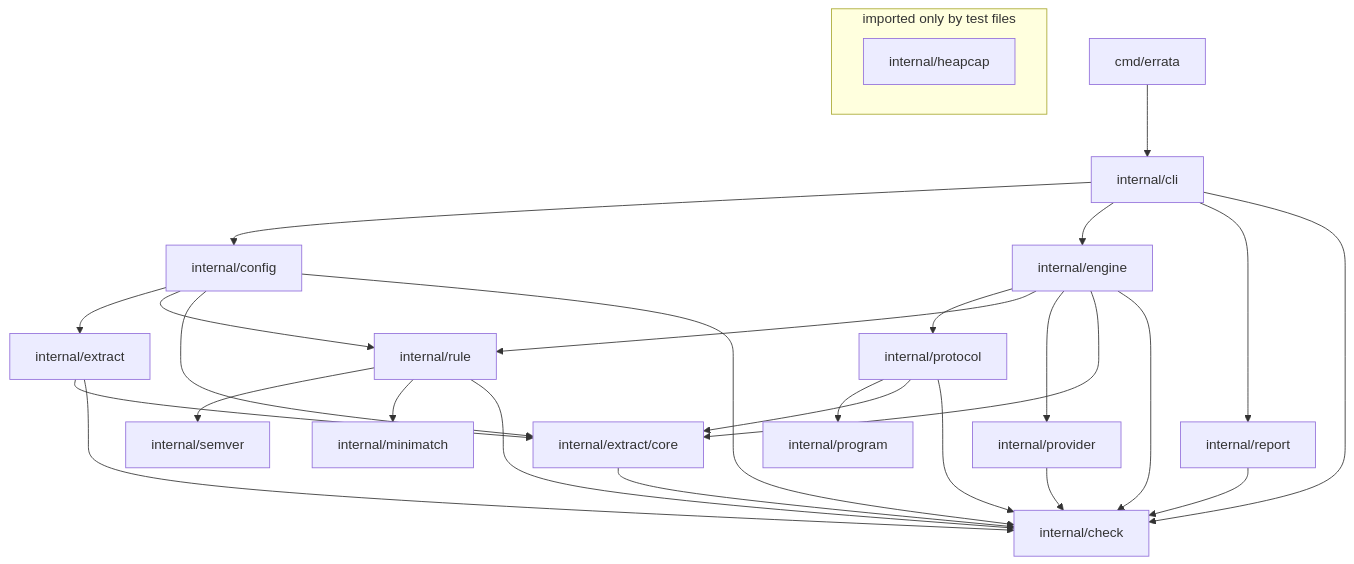
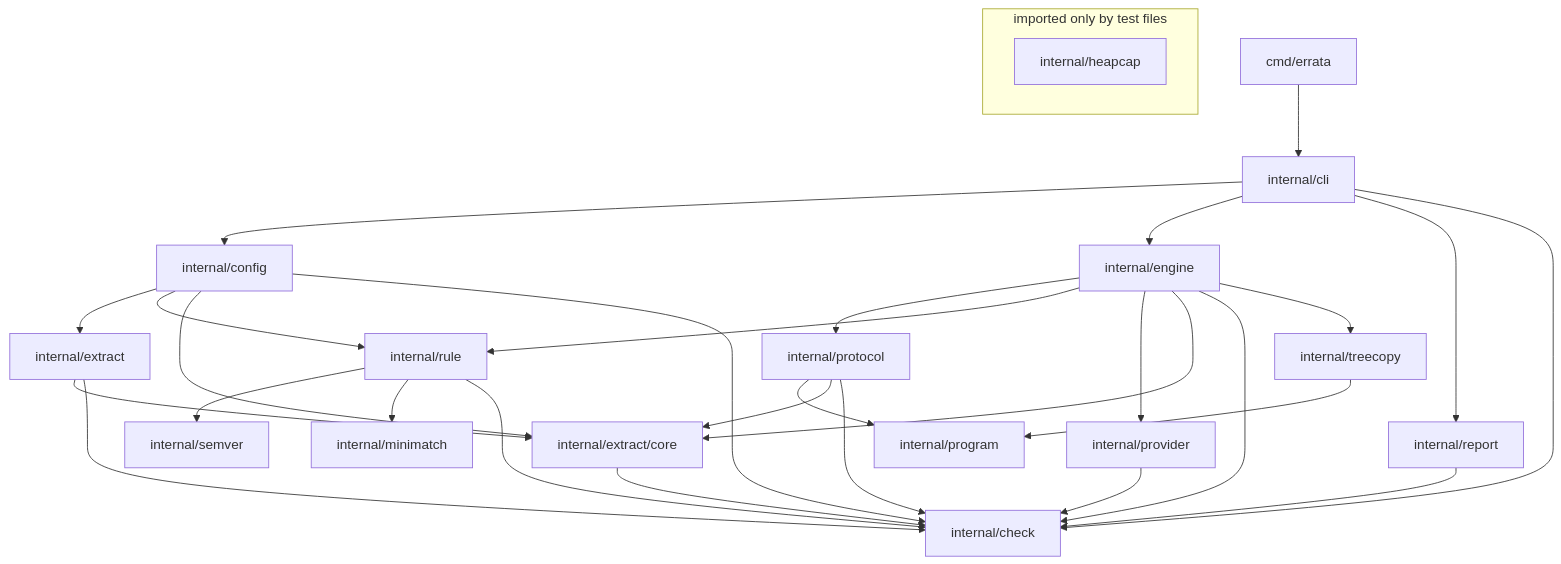
Before and after one commit to f-klement/errata: the second of 9 diagrams in docs/architecture.md, drawn with Mermaid. The commit also changed other lines of this file and 50 other files, not shown here.

````diff
--- a/docs/architecture.md
+++ b/docs/architecture.md
@@ -142,46 +147,49 @@
 ```mermaid
 flowchart TB
     %% packages: TestArchitectureDrawsEveryImport compares this graph with the imports
     cmd_errata["cmd/errata"]
     cli["internal/cli"]
     config["internal/config"]
     engine["internal/engine"]
     rule["internal/rule"]
     semver["internal/semver"]
     minimatch["internal/minimatch"]
     protocol["internal/protocol"]
     program["internal/program"]
+    treecopy["internal/treecopy"]
     provider["internal/provider"]
     report["internal/report"]
     extract["internal/extract"]
     core["internal/extract/core"]
     check["internal/check"]
     subgraph testonly ["imported only by test files"]
         heapcap["internal/heapcap"]
     end
     cmd_errata --> cli
     cli --> config
     cli --> engine
     cli --> report
     cli --> check
     config --> extract
     config --> rule
     config --> core
     config --> check
     engine --> protocol
     engine --> rule
     engine --> provider
     engine --> core
     engine --> check
+    engine --> treecopy
+    treecopy --> program
     rule --> semver
     rule --> minimatch
     rule --> check
     protocol --> program
     protocol --> core
     protocol --> check
     provider --> check
     report --> check
     extract --> core
     extract --> check
     core --> check
 ```
````
